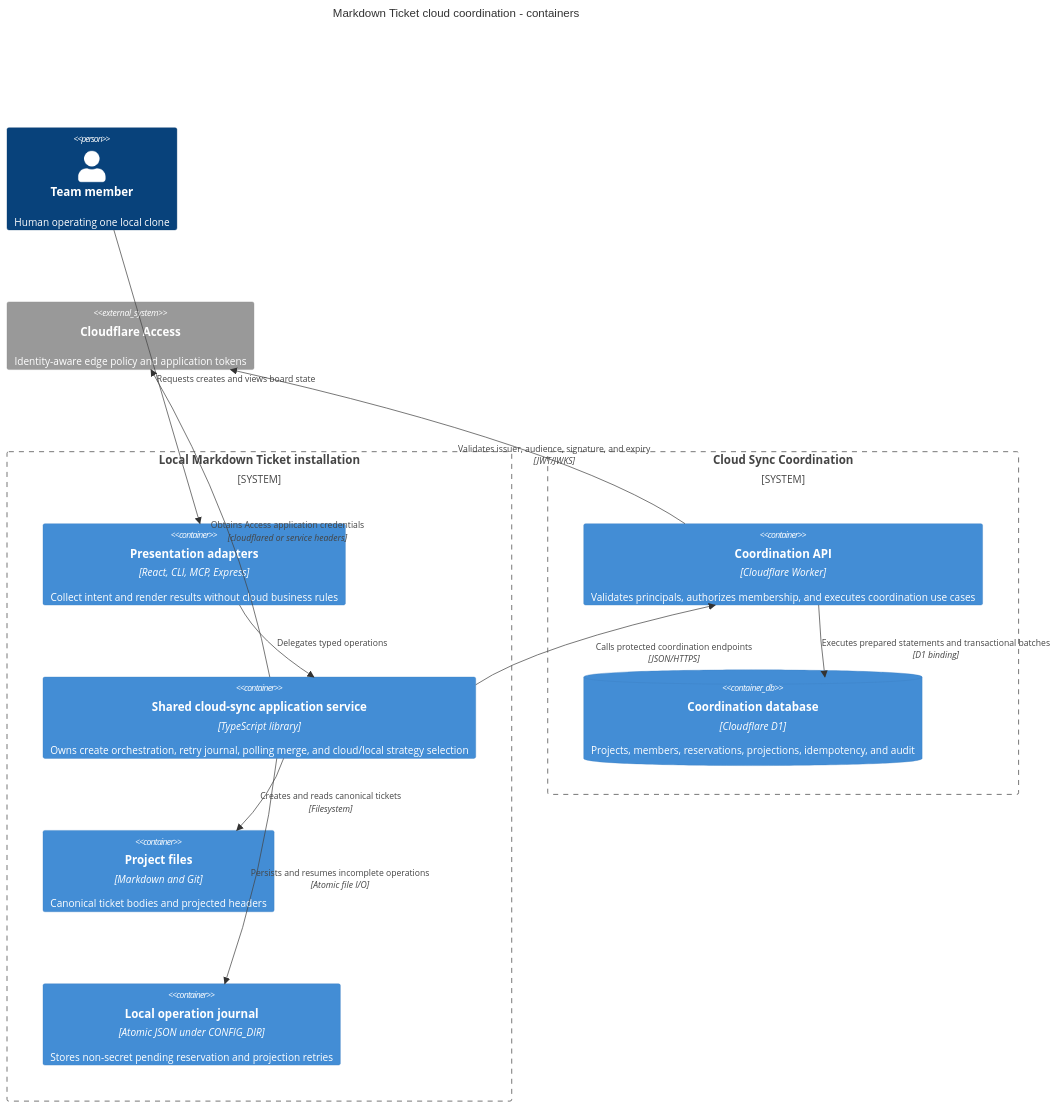
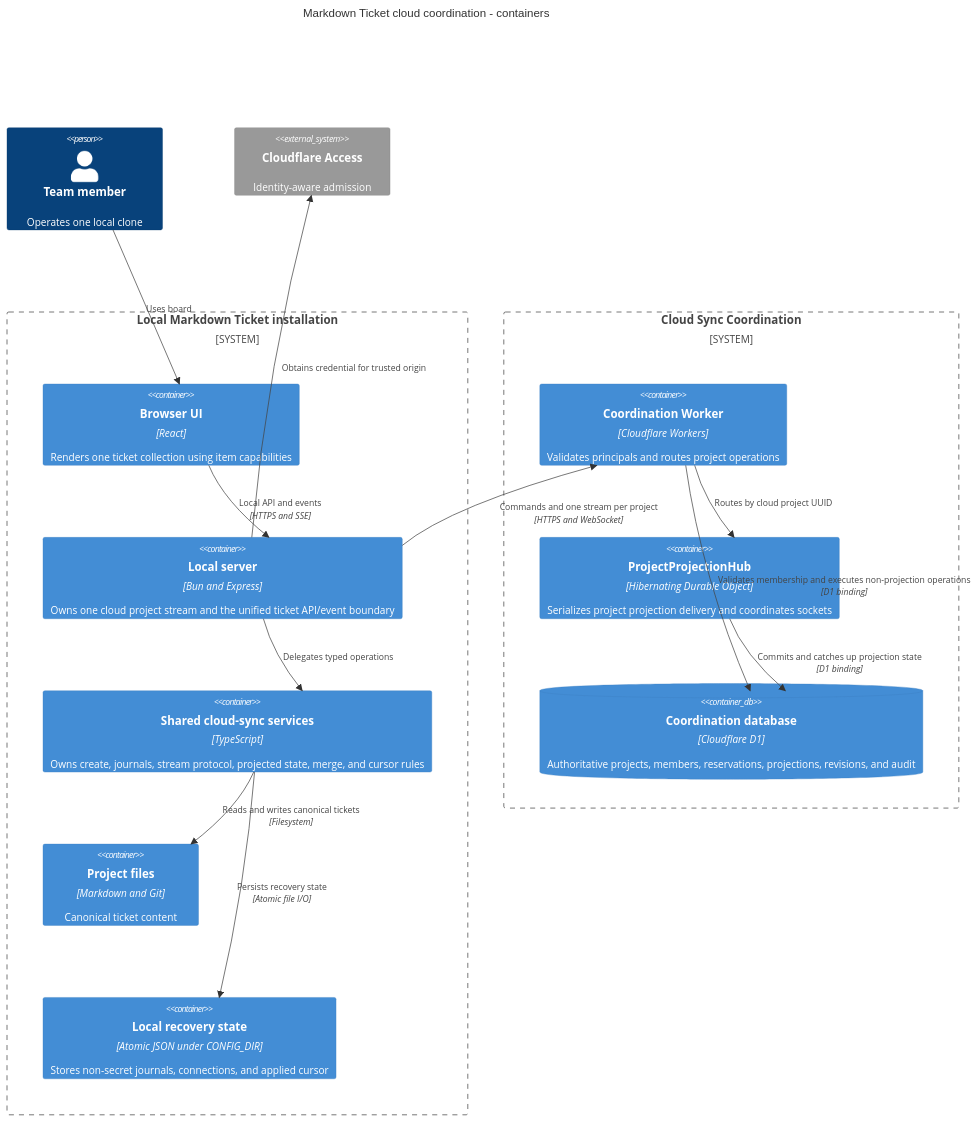
The second of 2 diagrams in docs/architecture/cloud-sync/README.md (andkirby/markdown-ticket), drawn with Mermaid before and after one commit. The commit also changed other lines of this file and 15 other files, not shown here.

First line of the commit message:
docs(MDT-226): define projection push architecture

````diff
--- a/docs/architecture/cloud-sync/README.md
+++ b/docs/architecture/cloud-sync/README.md
@@ -89,28 +100,32 @@
 ```mermaid
 C4Container
   title Markdown Ticket cloud coordination - containers
 
-  Person(member, "Team member", "Human operating one local clone")
-  System_Ext(access, "Cloudflare Access", "Identity-aware edge policy and application tokens")
+  Person(member, "Team member", "Operates one local clone")
+  System_Ext(access, "Cloudflare Access", "Identity-aware admission")
 
   System_Boundary(local, "Local Markdown Ticket installation") {
-    Container(adapters, "Presentation adapters", "React, CLI, MCP, Express", "Collect intent and render results without cloud business rules")
-    Container(shared, "Shared cloud-sync application service", "TypeScript library", "Owns create orchestration, retry journal, polling merge, and cloud/local strategy selection")
-    Container(files, "Project files", "Markdown and Git", "Canonical ticket bodies and projected headers")
-    Container(state, "Local operation journal", "Atomic JSON under CONFIG_DIR", "Stores non-secret pending reservation and projection retries")
+    Container(browser, "Browser UI", "React", "Renders one ticket collection using item capabilities")
+    Container(server, "Local server", "Bun and Express", "Owns one cloud project stream and the unified ticket API/event boundary")
+    Container(shared, "Shared cloud-sync services", "TypeScript", "Owns create, journals, stream protocol, projected state, merge, and cursor rules")
+    Container(files, "Project files", "Markdown and Git", "Canonical ticket content")
+    Container(state, "Local recovery state", "Atomic JSON under CONFIG_DIR", "Stores non-secret journals, connections, and applied cursor")
   }
 
   System_Boundary(cloud, "Cloud Sync Coordination") {
-    Container(worker, "Coordination API", "Cloudflare Worker", "Validates principals, authorizes membership, and executes coordination use cases")
-    ContainerDb(d1, "Coordination database", "Cloudflare D1", "Projects, members, reservations, projections, idempotency, and audit")
+    Container(worker, "Coordination Worker", "Cloudflare Workers", "Validates principals and routes project operations")
+    Container(hub, "ProjectProjectionHub", "Hibernating Durable Object", "Serializes project projection delivery and coordinates sockets")
+    ContainerDb(d1, "Coordination database", "Cloudflare D1", "Authoritative projects, members, reservations, projections, revisions, and audit")
   }
 
-  Rel(member, adapters, "Requests creates and views board state")
-  Rel(adapters, shared, "Delegates typed operations")
-  Rel(shared, files, "Creates and reads canonical tickets", "Filesystem")
-  Rel(shared, state, "Persists and resumes incomplete operations", "Atomic file I/O")
-  Rel(shared, access, "Obtains Access application credentials", "cloudflared or service headers")
-  Rel(shared, worker, "Calls protected coordination endpoints", "JSON/HTTPS")
-  Rel(worker, access, "Validates issuer, audience, signature, and expiry", "JWT/JWKS")
-  Rel(worker, d1, "Executes prepared statements and transactional batches", "D1 binding")
+  Rel(member, browser, "Uses board")
+  Rel(browser, server, "Local API and events", "HTTPS and SSE")
+  Rel(server, shared, "Delegates typed operations")
+  Rel(shared, files, "Reads and writes canonical tickets", "Filesystem")
+  Rel(shared, state, "Persists recovery state", "Atomic file I/O")
+  Rel(server, access, "Obtains credential for trusted origin")
+  Rel(server, worker, "Commands and one stream per project", "HTTPS and WebSocket")
+  Rel(worker, hub, "Routes by cloud project UUID")
+  Rel(worker, d1, "Validates membership and executes non-projection operations", "D1 binding")
+  Rel(hub, d1, "Commits and catches up projection state", "D1 binding")
 ```
````
